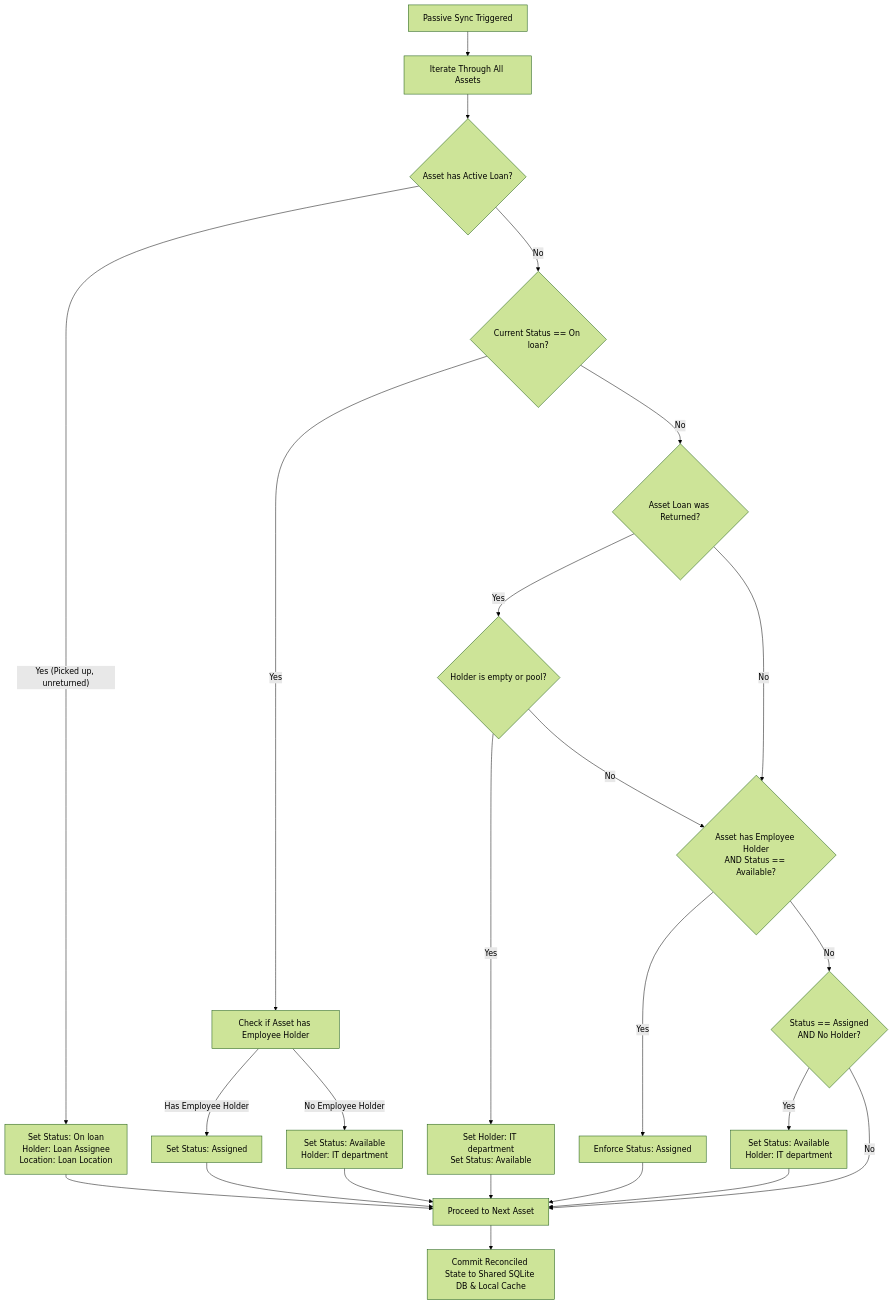
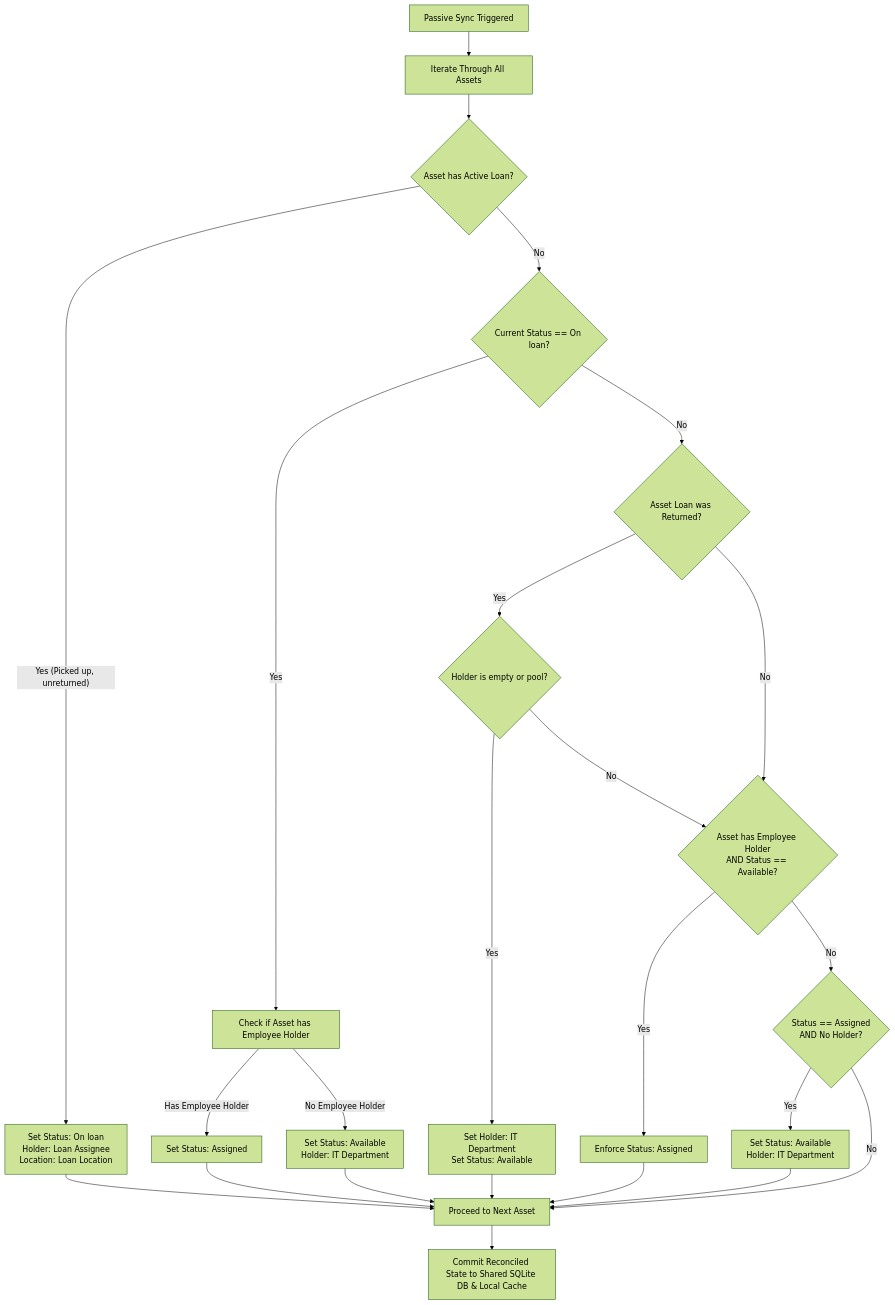
The second of 2 diagrams in Technical Specification.md (SDSAJames/Inventory-Management-Software), drawn with Mermaid (forest theme) before and after one commit. The commit also changed other lines of this file and 7 other files, not shown here.

````diff
--- a/Technical Specification.md
+++ b/Technical Specification.md
@@ -261,31 +261,31 @@
 ```mermaid
 flowchart TD
     Start["Passive Sync Triggered"] --> Iterate["Iterate Through All Assets"]
     Iterate --> CheckLoan{"Asset has Active Loan?"}
     
     CheckLoan -- Yes (Picked up, unreturned) --> SetOnLoan["Set Status: On loan<br>Holder: Loan Assignee<br>Location: Loan Location"]
     CheckLoan -- No --> CheckCurrentStatus{"Current Status == On loan?"}
     
     CheckCurrentStatus -- Yes --> FreeFromLoan["Check if Asset has Employee Holder"]
     FreeFromLoan -- Has Employee Holder --> SetAssigned["Set Status: Assigned"]
-    FreeFromLoan -- No Employee Holder --> SetAvailable["Set Status: Available<br>Holder: IT department"]
+    FreeFromLoan -- No Employee Holder --> SetAvailable["Set Status: Available<br>Holder: IT Department"]
     
     CheckCurrentStatus -- No --> CheckReturnedLoan{"Asset Loan was Returned?"}
     CheckReturnedLoan -- Yes --> CheckHolder{"Holder is empty or pool?"}
-    CheckHolder -- Yes --> NormIT["Set Holder: IT department<br>Set Status: Available"]
+    CheckHolder -- Yes --> NormIT["Set Holder: IT Department<br>Set Status: Available"]
     CheckHolder -- No --> CheckHolderInvariant
     
     CheckReturnedLoan -- No --> CheckHolderInvariant{"Asset has Employee Holder<br>AND Status == Available?"}
     CheckHolderInvariant -- Yes --> FixAssigned["Enforce Status: Assigned"]
     CheckHolderInvariant -- No --> CheckAssignedWithoutHolder{"Status == Assigned<br>AND No Holder?"}
-    CheckAssignedWithoutHolder -- Yes --> FixAvailable["Set Status: Available<br>Holder: IT department"]
+    CheckAssignedWithoutHolder -- Yes --> FixAvailable["Set Status: Available<br>Holder: IT Department"]
     CheckAssignedWithoutHolder -- No --> NextAsset["Proceed to Next Asset"]
     
     SetOnLoan --> NextAsset
     SetAssigned --> NextAsset
     SetAvailable --> NextAsset
     NormIT --> NextAsset
     FixAssigned --> NextAsset
     FixAvailable --> NextAsset
     NextAsset --> Finish["Commit Reconciled State to Shared SQLite DB & Local Cache"]
 ```
````
